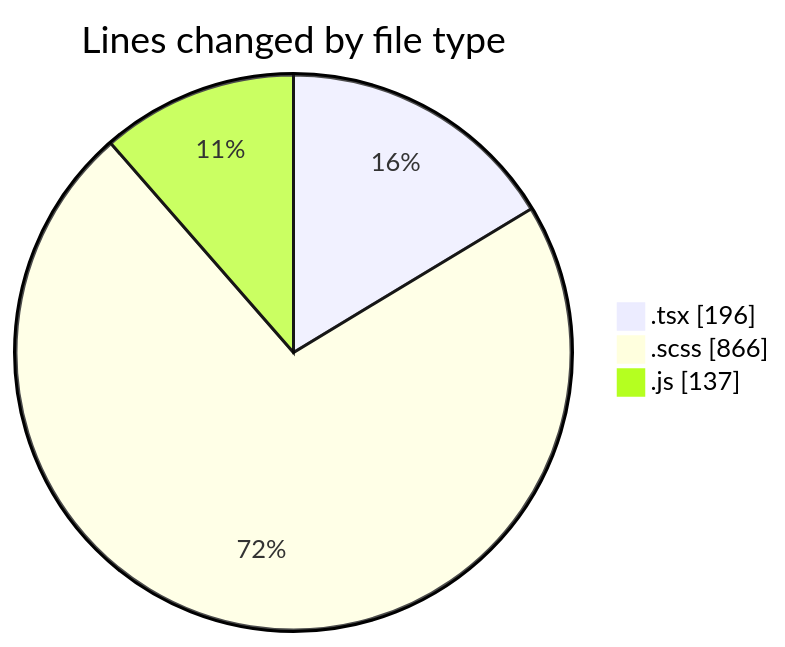
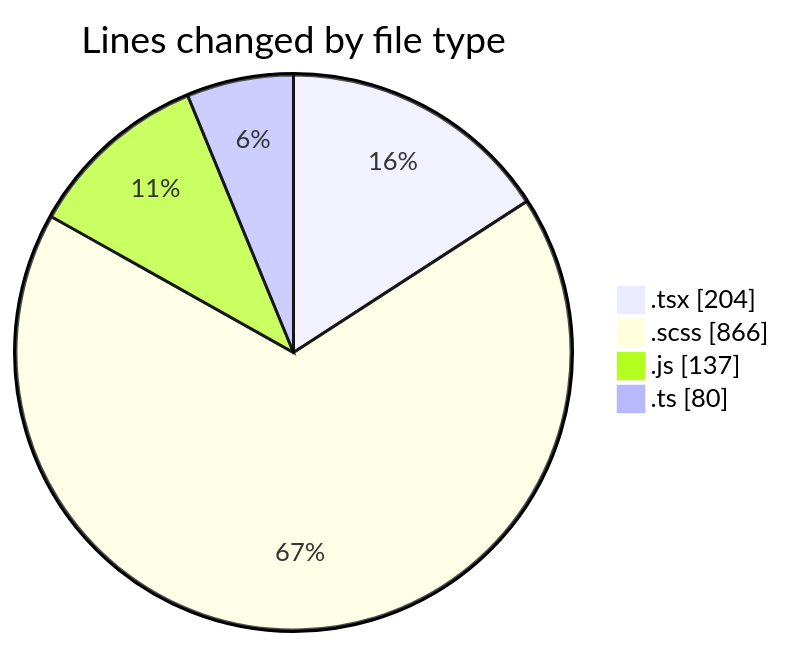
One commit to momahboobian/code-tracking changed the first of 2 diagrams in 2026-03-25/cda/README.md. Above: the diagram before and after it, drawn with Mermaid. The commit also changed other lines of this file and 1 other file, not shown here.

````diff
--- a/2026-03-25/cda/README.md
+++ b/2026-03-25/cda/README.md
@@ -22,7 +23,8 @@
 ```mermaid
 pie showData
 title Lines changed by file type
-".tsx" : 196
+".tsx" : 204
 ".scss" : 866
 ".js" : 137
+".ts" : 80
 ```
````
